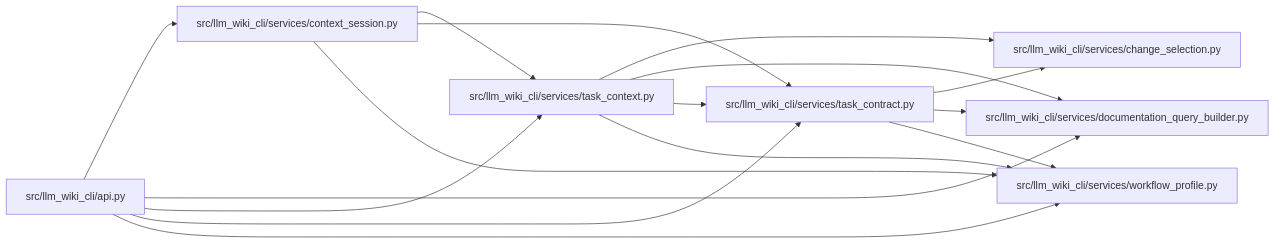
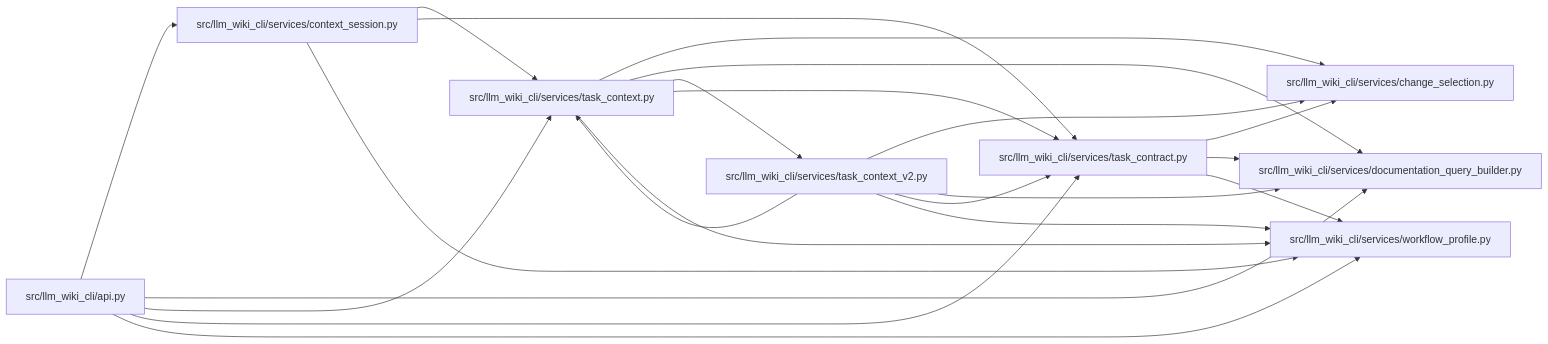
One commit to Denissvgn/python-wiki-llm changed the diagram in docs/llm_wiki/modules/task_contract.md. Above: the diagram before and after it, drawn with Mermaid. The commit also changed other lines of this file and 6245 other files, not shown here.

````diff
--- a/docs/llm_wiki/modules/task_contract.md
+++ b/docs/llm_wiki/modules/task_contract.md
@@ -26,32 +26,40 @@
 ```mermaid
 flowchart LR
     n0["src/llm_wiki_cli/api.py"]
     n1["src/llm_wiki_cli/services/change_selection.py"]
     n2["src/llm_wiki_cli/services/context_session.py"]
     n3["src/llm_wiki_cli/services/documentation_query_builder.py"]
     n4["src/llm_wiki_cli/services/task_context.py"]
-    n5["src/llm_wiki_cli/services/task_contract.py"]
-    n6["src/llm_wiki_cli/services/workflow_profile.py"]
+    n5["src/llm_wiki_cli/services/task_context_v2.py"]
+    n6["src/llm_wiki_cli/services/task_contract.py"]
+    n7["src/llm_wiki_cli/services/workflow_profile.py"]
     n0 --> n2
     n0 --> n3
     n0 --> n4
-    n0 --> n5
     n0 --> n6
+    n0 --> n7
     n2 --> n4
-    n2 --> n5
     n2 --> n6
+    n2 --> n7
     n4 --> n1
     n4 --> n3
     n4 --> n5
     n4 --> n6
+    n4 --> n7
     n5 --> n1
     n5 --> n3
+    n5 --> n4
     n5 --> n6
+    n5 --> n7
+    n6 --> n1
+    n6 --> n3
+    n6 --> n7
     click n0 "../modules/api.md"
     click n1 "../modules/change_selection.md"
     click n2 "../modules/context_session.md"
     click n3 "../modules/documentation_query_builder.md"
     click n4 "../modules/task_context.md"
-    click n5 "../modules/task_contract.md"
-    click n6 "../modules/workflow_profile.md"
+    click n5 "../modules/task_context_v2.md"
+    click n6 "../modules/task_contract.md"
+    click n7 "../modules/workflow_profile.md"
 ```
````
